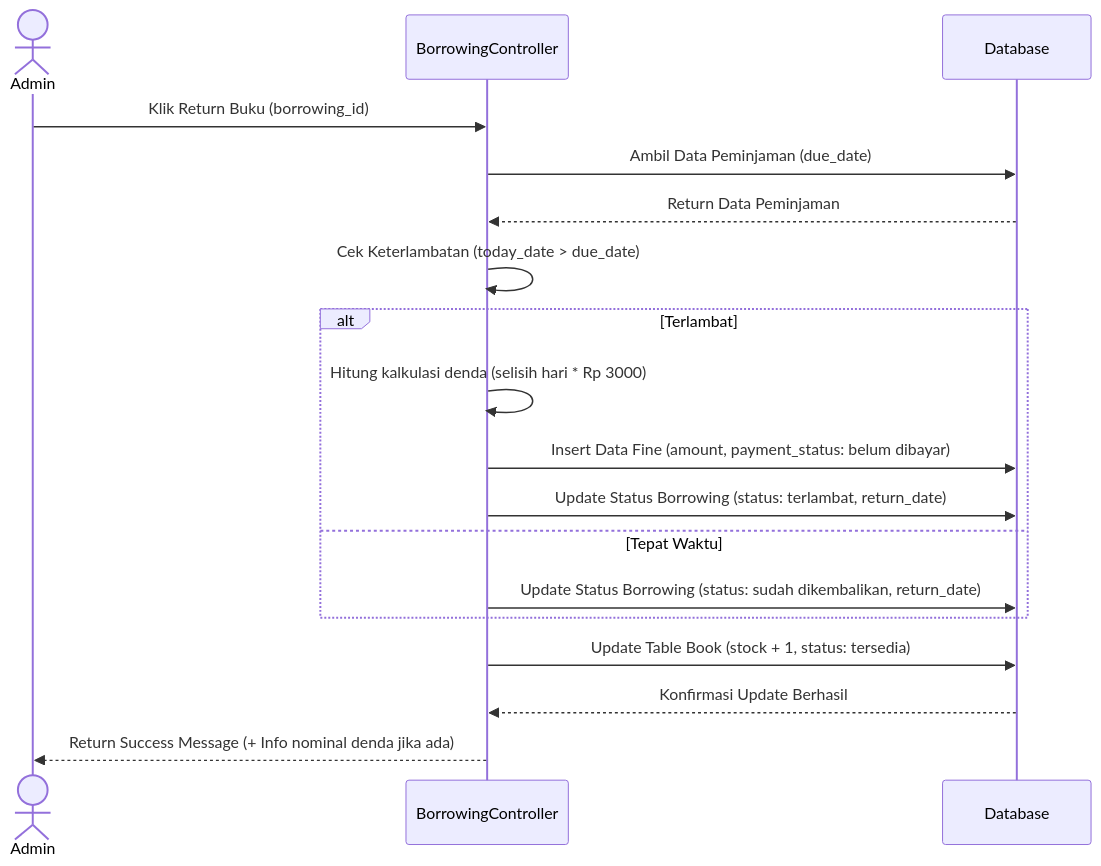
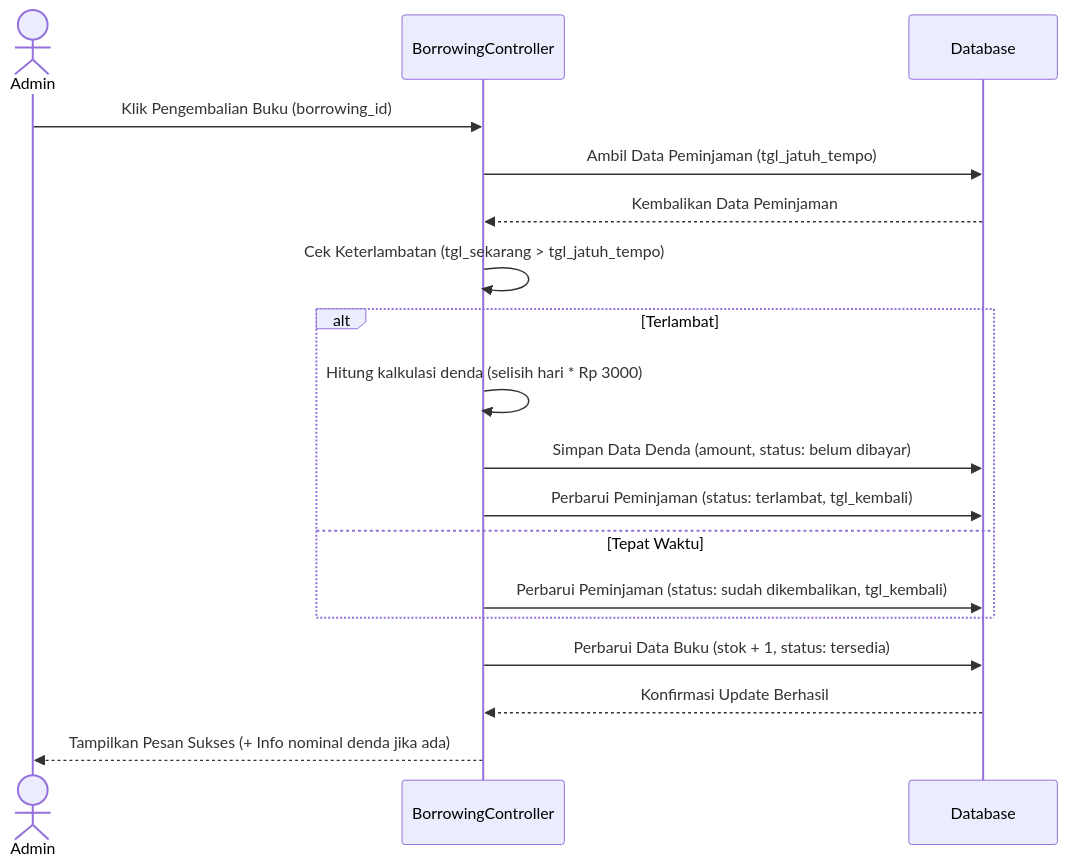
Before and after one commit to 25091397085-stack/rpl-perpustakaan: the fourth of 9 diagrams in documentation.md, drawn with Mermaid. The commit also changed other lines of this file, not shown here.

Commit message:
sequence

````diff
--- a/documentation.md
+++ b/documentation.md
@@ -117,24 +117,24 @@
 ```mermaid
 sequenceDiagram
     actor Admin
     participant Controller as BorrowingController
     participant DB as Database
 
-    Admin->>Controller: Klik Return Buku (borrowing_id)
-    Controller->>DB: Ambil Data Peminjaman (due_date)
-    DB-->>Controller: Return Data Peminjaman
+    Admin->>Controller: Klik Pengembalian Buku (borrowing_id)
+    Controller->>DB: Ambil Data Peminjaman (tgl_jatuh_tempo)
+    DB-->>Controller: Kembalikan Data Peminjaman
     
-    Controller->>Controller: Cek Keterlambatan (today_date > due_date)
+    Controller->>Controller: Cek Keterlambatan (tgl_sekarang > tgl_jatuh_tempo)
     
     alt Terlambat
         Controller->>Controller: Hitung kalkulasi denda (selisih hari * Rp 3000)
-        Controller->>DB: Insert Data Fine (amount, payment_status: belum dibayar)
-        Controller->>DB: Update Status Borrowing (status: terlambat, return_date)
+        Controller->>DB: Simpan Data Denda (amount, status: belum dibayar)
+        Controller->>DB: Perbarui Peminjaman (status: terlambat, tgl_kembali)
     else Tepat Waktu
-        Controller->>DB: Update Status Borrowing (status: sudah dikembalikan, return_date)
+        Controller->>DB: Perbarui Peminjaman (status: sudah dikembalikan, tgl_kembali)
     end
     
-    Controller->>DB: Update Table Book (stock + 1, status: tersedia)
+    Controller->>DB: Perbarui Data Buku (stok + 1, status: tersedia)
     DB-->>Controller: Konfirmasi Update Berhasil
-    Controller-->>Admin: Return Success Message (+ Info nominal denda jika ada)
+    Controller-->>Admin: Tampilkan Pesan Sukses (+ Info nominal denda jika ada)
 ```
````
